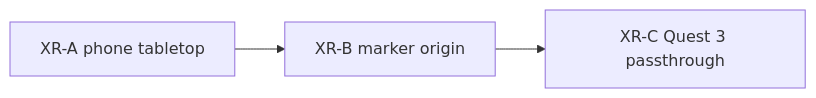
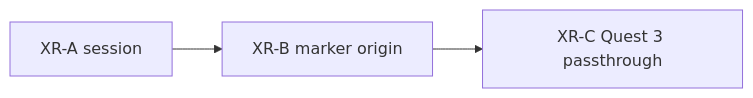
The diagram in backlog.md (PiMaV/DONNER), drawn with Mermaid before and after one commit. The commit also changed other lines of this file and 25 other files, not shown here.

````diff
--- a/backlog.md
+++ b/backlog.md
@@ -49,7 +60,7 @@
 ```mermaid
 flowchart LR
-  xra[XR-A phone tabletop]
+  xra[XR-A session]
   xrb[XR-B marker origin]
   xrc[XR-C Quest 3 passthrough]
   xra --> xrb --> xrc
 ```
````
